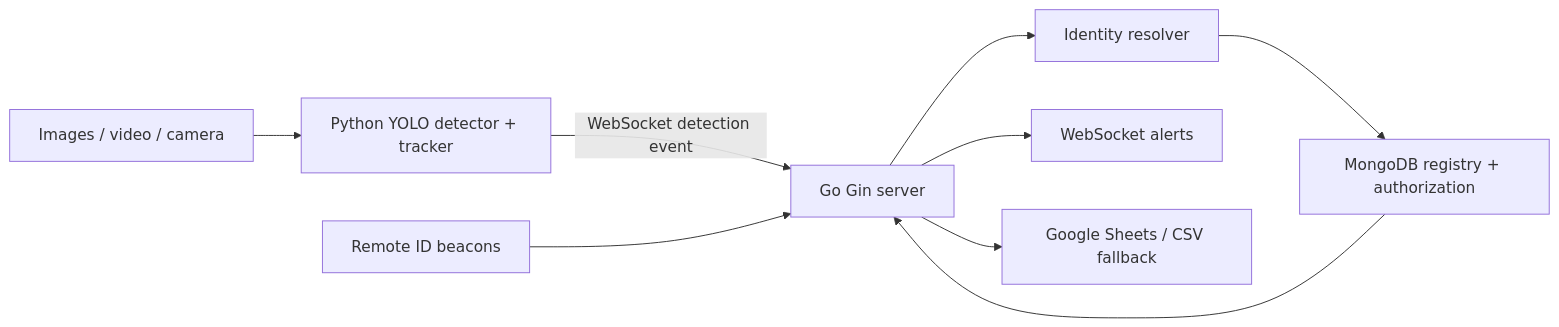
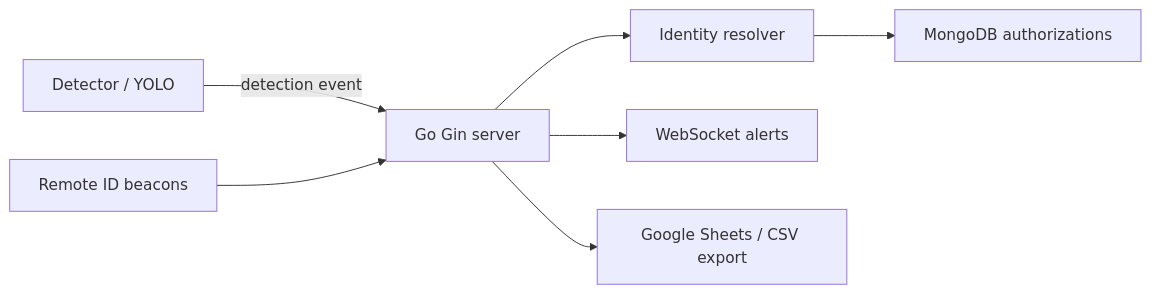
Before and after one commit to aminammar1/drone-detect-app-go: the diagram in README.md, drawn with Mermaid. The commit also changed other lines of this file, not shown here.

````diff
--- a/README.md
+++ b/README.md
@@ -29,11 +124,9 @@
 ```mermaid
 flowchart LR
-    A[Images / video / camera] --> B[Python YOLO detector + tracker]
-    B -->|WebSocket detection event| C[Go Gin server]
-    D[Remote ID beacons] --> C
-    C --> E[Identity resolver]
-    E --> F[MongoDB registry + authorization]
-    F --> C
-    C --> G[WebSocket alerts]
-    C --> H[Google Sheets / CSV fallback]
+    A[Detector / YOLO] -->|detection event| B[Go Gin server]
+    C[Remote ID beacons] --> B
+    B --> D[Identity resolver]
+    D --> E[MongoDB authorizations]
+    B --> F[WebSocket alerts]
+    B --> G[Google Sheets / CSV export]
 ```
````
